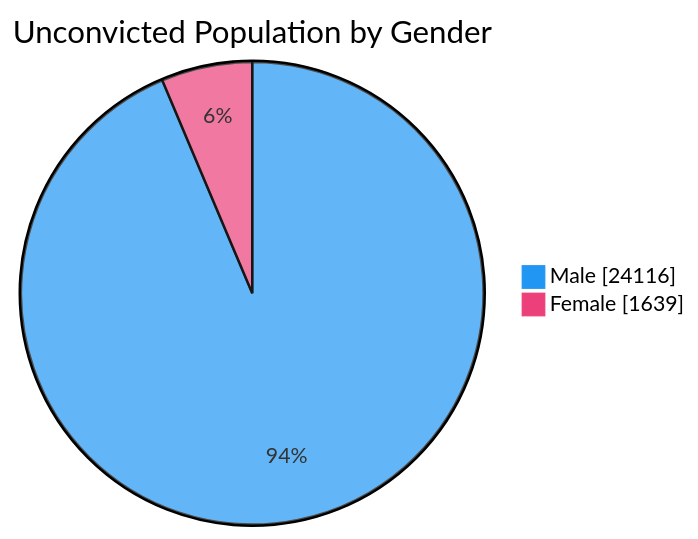
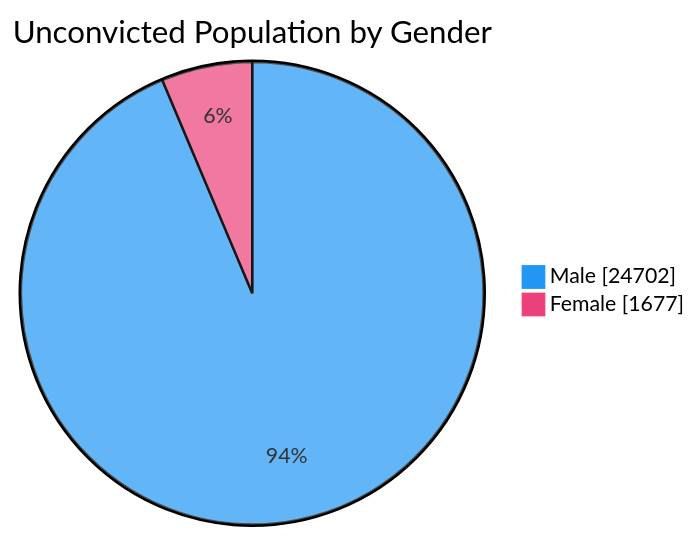
The fourth of 7 diagrams in README.md (nuuuwan/lk_prisons), drawn with Mermaid before and after one commit. The commit also changed other lines of this file and 1 other file, not shown here.

````diff
--- a/README.md
+++ b/README.md
@@ -76,6 +76,6 @@
 ```mermaid
 %%{init: {'themeVariables': {'pie1': '#2196F3', 'pie2': '#EC407A'}}}%%
 pie showData title Unconvicted Population by Gender
-    "Male" : 24116
-    "Female" : 1639
+    "Male" : 24702
+    "Female" : 1677
 ```
````
